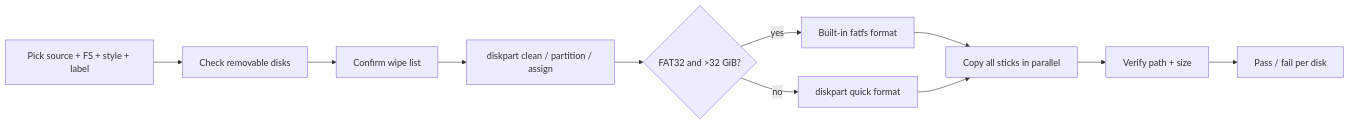
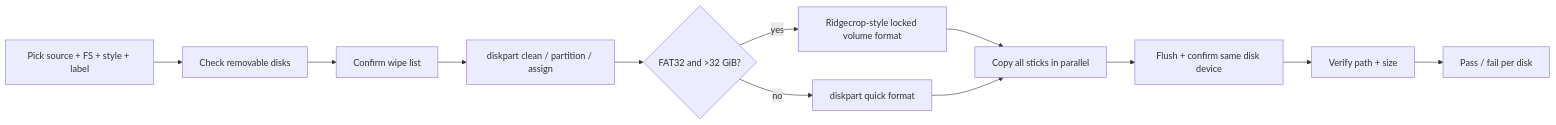
Before and after one commit to jfmiller52/MultiUSB: the diagram in README.md, drawn with Mermaid. The commit also changed other lines of this file, not shown here.

First line of the commit message:
Refresh the README for Ridgecrop FAT32 and the disconnect guard.

````diff
--- a/README.md
+++ b/README.md
@@ -41,13 +42,14 @@
 ```mermaid
 flowchart LR
   A[Pick source + FS + style + label] --> B[Check removable disks]
   B --> C[Confirm wipe list]
   C --> D[diskpart clean / partition / assign]
   D --> E{FAT32 and >32 GiB?}
-  E -->|yes| F[Built-in fatfs format]
+  E -->|yes| F[Ridgecrop-style locked volume format]
   E -->|no| G[diskpart quick format]
   F --> H[Copy all sticks in parallel]
   G --> H
-  H --> I[Verify path + size]
-  I --> J[Pass / fail per disk]
+  H --> I[Flush + confirm same disk device]
+  I --> J[Verify path + size]
+  J --> K[Pass / fail per disk]
 ```
````
